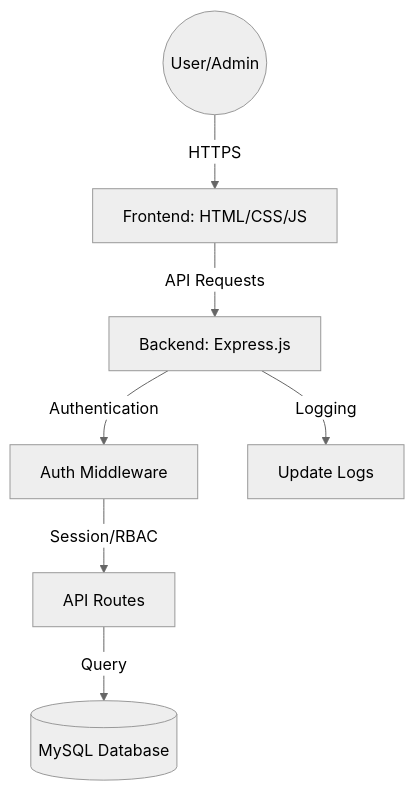
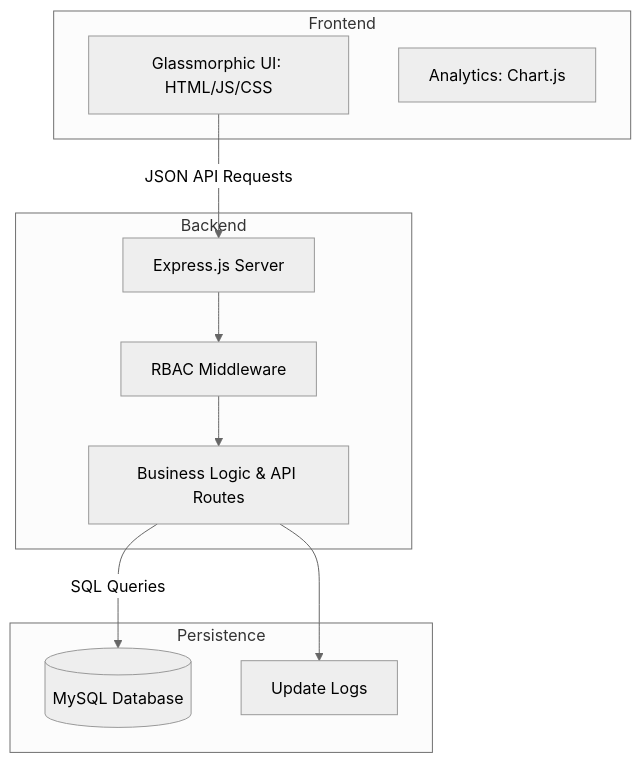
One commit to Yashm2610/Train-delay-management-system changed the diagram in README.md. Above: the diagram before and after it, drawn with Mermaid (neutral theme). The commit also changed other lines of this file, not shown here.

````diff
--- a/README.md
+++ b/README.md
@@ -36,9 +36,24 @@
 ```mermaid
 graph TD
-    User((User/Admin)) -->|HTTPS| Frontend[Frontend: HTML/CSS/JS]
-    Frontend -->|API Requests| Backend[Backend: Express.js]
-    Backend -->|Authentication| Middleware[Auth Middleware]
-    Middleware -->|Session/RBAC| Routes[API Routes]
-    Routes -->|Query| Database[(MySQL Database)]
-    Backend -->|Logging| Logs[Update Logs]
+    subgraph Client_Layer [Frontend]
+        UI[Glassmorphic UI: HTML/JS/CSS]
+        Charts[Analytics: Chart.js]
+    end
+
+    subgraph Service_Layer [Backend]
+        Server[Express.js Server]
+        Auth[RBAC Middleware]
+        Logic[Business Logic & API Routes]
+    end
+
+    subgraph Data_Layer [Persistence]
+        DB[(MySQL Database)]
+        Logs[Update Logs]
+    end
+
+    UI -->|JSON API Requests| Server
+    Server --> Auth
+    Auth --> Logic
+    Logic -->|SQL Queries| DB
+    Logic --> Logs
 ```
````
